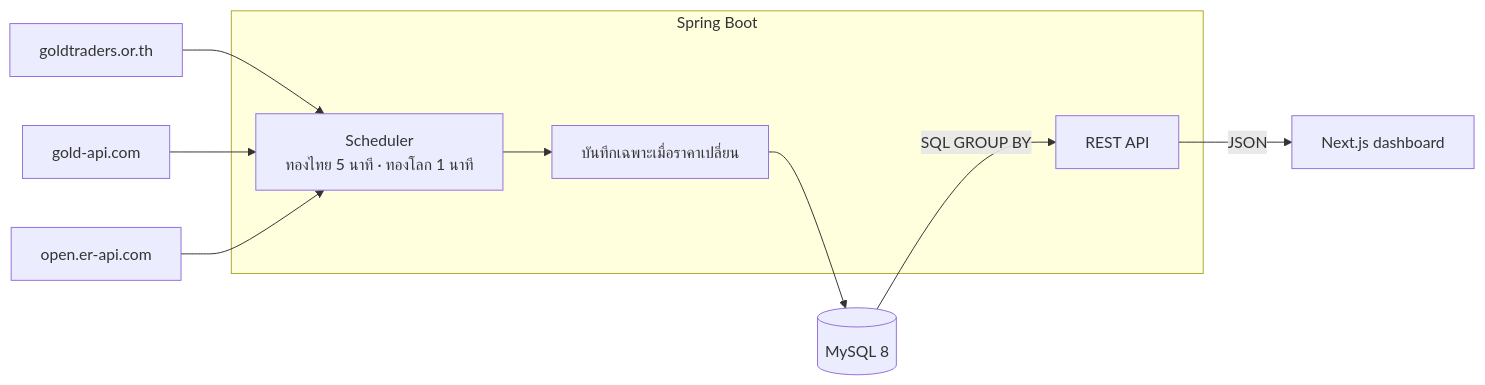
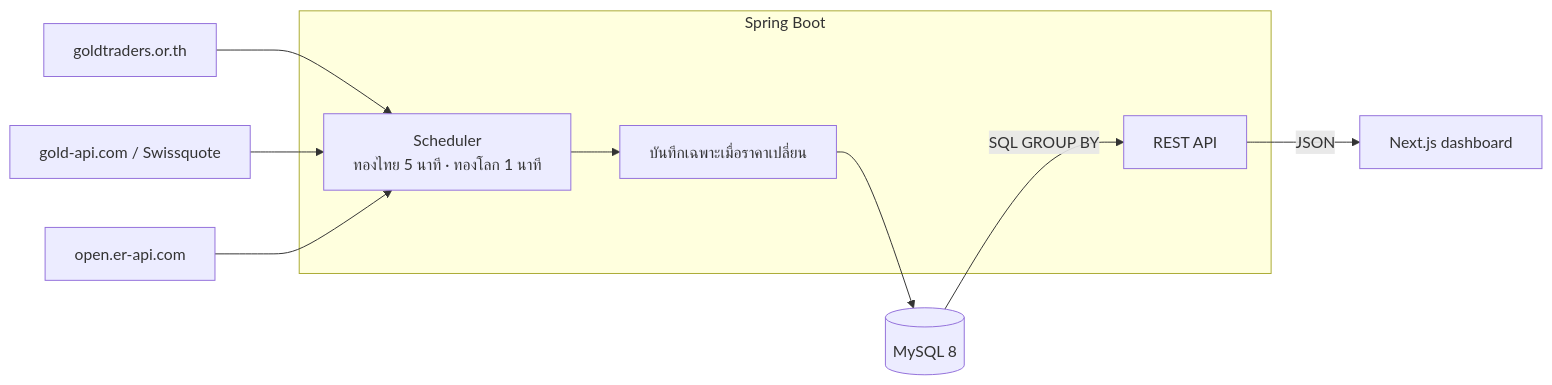
The diagram in README.md (nazhan0-dev/Gold-Watch), drawn with Mermaid before and after one commit. The commit also changed other lines of this file and 11 other files, not shown here.

Commit message:
feat(backend): fall back to Swissquote for XAU/USD when gold-api.com is unreachable

````diff
--- a/README.md
+++ b/README.md
@@ -36,11 +36,11 @@
 ```mermaid
 flowchart LR
-    GTA[goldtraders.or.th] & GAPI[gold-api.com] & ER[open.er-api.com] --> SCH
+    GTA[goldtraders.or.th] & GAPI[gold-api.com / Swissquote] & ER[open.er-api.com] --> SCH
     subgraph Backend[Spring Boot]
         SCH[Scheduler<br/>ทองไทย 5 นาที · ทองโลก 1 นาที] --> ING[บันทึกเฉพาะเมื่อราคาเปลี่ยน]
         API[REST API]
     end
     ING --> DB[(MySQL 8)]
     DB -->|SQL GROUP BY| API
     API -->|JSON| WEB[Next.js dashboard]
 ```
````
